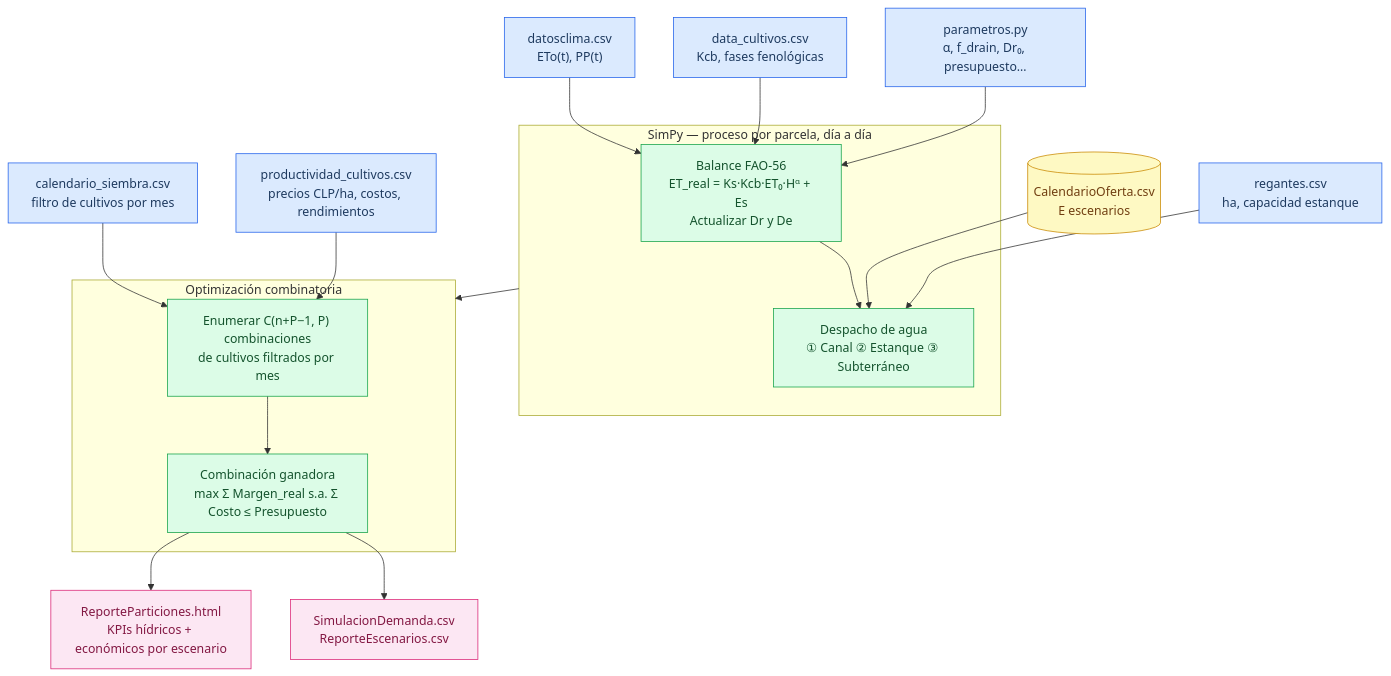
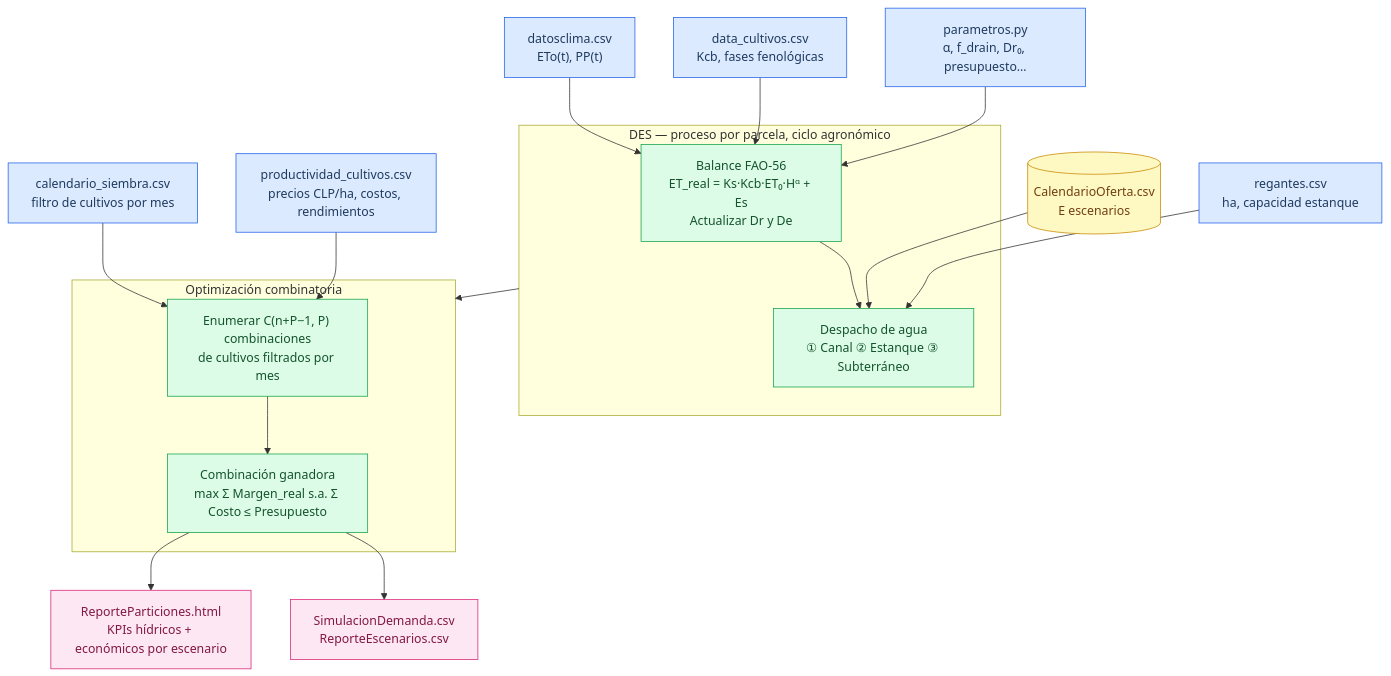
One commit to toniesky/Simulaci-n-multiparadigma-cultivo changed the third of 4 diagrams in README.md. Above: the diagram before and after it, drawn with Mermaid. The commit also changed other lines of this file, not shown here.

Commit message:
docs: revision terminologica academica SD/DES y restructuracion seccion paradigmas

````diff
--- a/README.md
+++ b/README.md
@@ -275,41 +277,41 @@
 ```mermaid
 flowchart TD
  classDef param fill:#dbeafe,stroke:#2563eb,color:#1e3a5f
  classDef proc fill:#dcfce7,stroke:#16a34a,color:#14532d
  classDef out fill:#fce7f3,stroke:#db2777,color:#831843
  classDef data fill:#fef9c3,stroke:#ca8a04,color:#713f12
  classDef dec fill:#fff7ed,stroke:#ea580c,color:#7c2d12
 
  CO[("CalendarioOferta.csv\nE escenarios")]:::data
  CLI["datosclima.csv\nETo(t), PP(t)"]:::param
  DC["data_cultivos.csv\nKcb, fases fenológicas"]:::param
  CAL["calendario_siembra.csv\nfiltro de cultivos por mes"]:::param
  REG["regantes.csv\nha, capacidad estanque"]:::param
  PROD["productividad_cultivos.csv\nprecios CLP/ha, costos, rendimientos"]:::param
  PAR["parametros.py\nα, f_drain, Dr₀, presupuesto…"]:::param
 
- subgraph SIMPY["SimPy — proceso por parcela, día a día"]
+ subgraph SIMPY["DES — proceso por parcela, ciclo agronómico"]
  FAO["Balance FAO-56\nET_real = Ks·Kcb·ET₀·Hᵅ + Es\nActualizar Dr y De"]:::proc
  DISP["Despacho de agua\n① Canal ② Estanque ③ Subterráneo"]:::proc
  FAO --> DISP
  end
 
  CLI --> FAO
  DC --> FAO
  PAR --> FAO
  CO --> DISP
  REG --> DISP
 
  subgraph OPT["Optimización combinatoria"]
  COMB["Enumerar C(n+P−1, P) combinaciones\nde cultivos filtrados por mes"]:::proc
  BEST["Combinación ganadora\nmax Σ Margen_real s.a. Σ Costo ≤ Presupuesto"]:::proc
  COMB --> BEST
  end
 
  CAL --> COMB
  PROD --> COMB
  SIMPY --> OPT
 
  BEST --> HTML["ReporteParticiones.html\nKPIs hídricos + económicos por escenario"]:::out
  BEST --> CSV["SimulacionDemanda.csv\nReporteEscenarios.csv"]:::out
 ```
````
